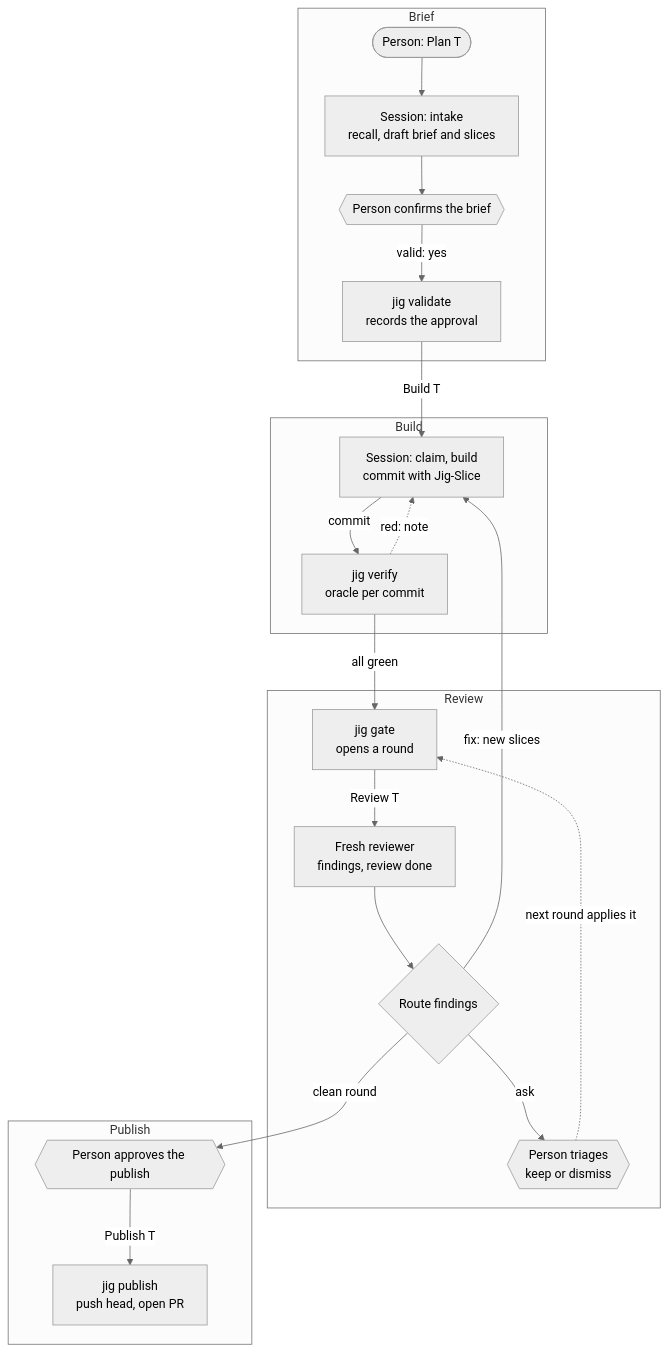
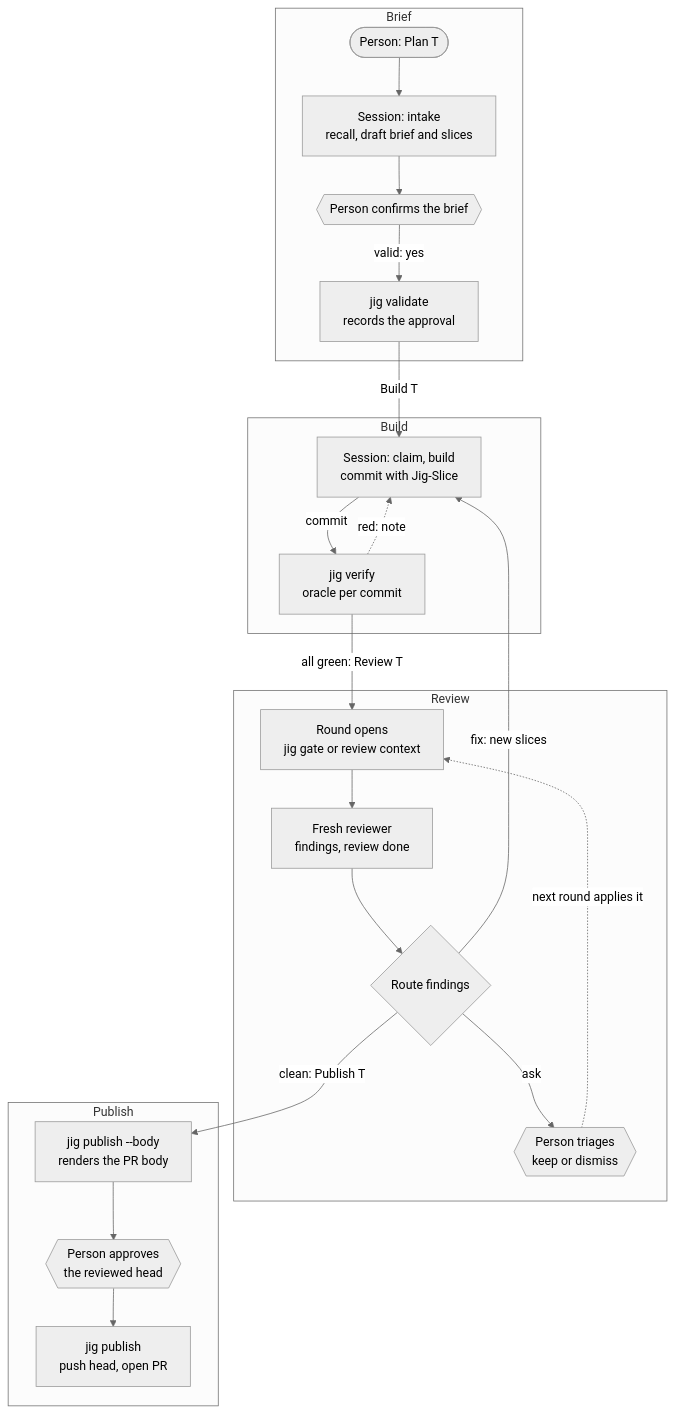
The third of 5 diagrams in docs/diagrams.md (develdeco/jig), drawn with Mermaid (neutral theme) before and after one commit. The commit also changed other lines of this file, not shown here.

First line of the commit message:
docs: correct the diagrams against the code, per review

````diff
--- a/docs/diagrams.md
+++ b/docs/diagrams.md
@@ -182,25 +190,26 @@
 ```mermaid
 flowchart TB
   subgraph brief ["Brief"]
     ask(["Person: Plan T"]) --> intake["Session: intake<br/>recall, draft brief and slices"]
     intake --> confirm{{"Person confirms the brief"}}
     confirm -->|"valid: yes"| validate["jig validate<br/>records the approval"]
   end
   subgraph build ["Build"]
     claim["Session: claim, build<br/>commit with Jig-Slice"] -->|commit| verify["jig verify<br/>oracle per commit"]
     verify -.->|"red: note"| claim
   end
   subgraph review ["Review"]
-    gate["jig gate<br/>opens a round"] -->|"Review T"| round["Fresh reviewer<br/>findings, review done"]
+    gate["Round opens<br/>jig gate or review context"] --> round["Fresh reviewer<br/>findings, review done"]
     round --> route{"Route findings"}
     route -->|ask| triage{{"Person triages<br/>keep or dismiss"}}
     triage -.->|"next round applies it"| gate
   end
   subgraph publish ["Publish"]
-    approve{{"Person approves the publish"}} -->|"Publish T"| pub["jig publish<br/>push head, open PR"]
+    pbody["jig publish --body<br/>renders the PR body"] --> approve{{"Person approves<br/>the reviewed head"}}
+    approve --> pub["jig publish<br/>push head, open PR"]
   end
   validate -->|"Build T"| claim
-  verify -->|"all green"| gate
+  verify -->|"all green: Review T"| gate
   route -->|"fix: new slices"| claim
-  route -->|"clean round"| approve
+  route -->|"clean: Publish T"| pbody
 ```
````
